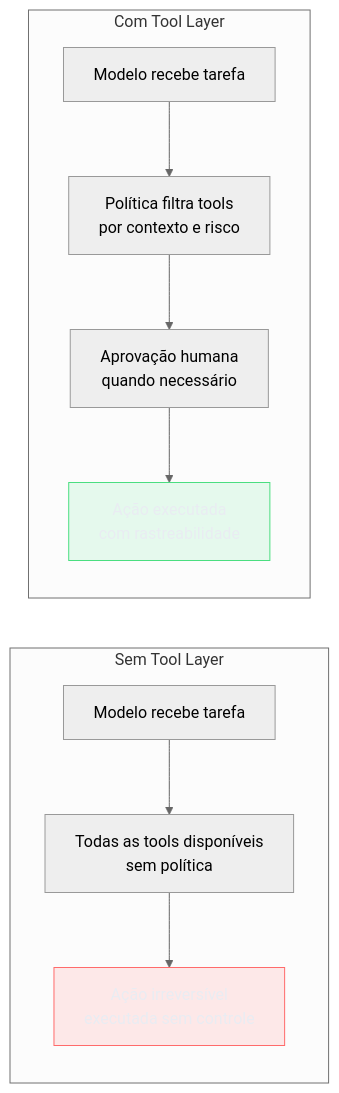
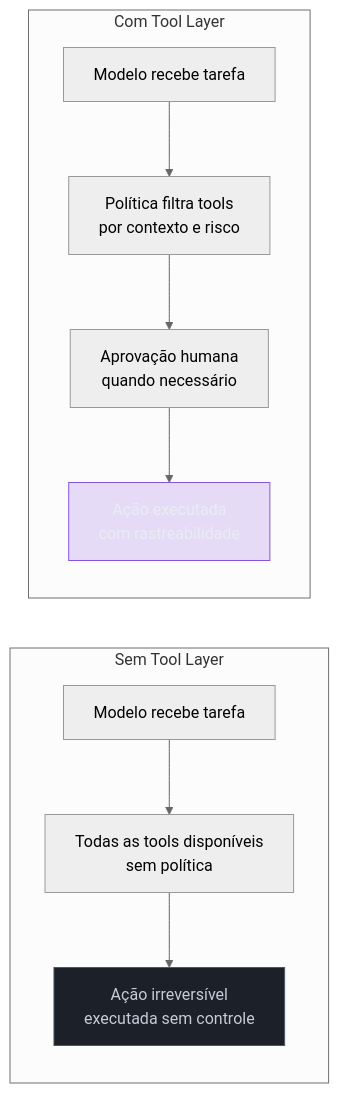
Before and after one commit to josenaldo/codex-technomanticus: the first of 2 diagrams in 03-Dominios/Tecnologia/IA/AI Engineering Stack/07 - Tool Layer.md, drawn with Mermaid (neutral theme). The commit also changed 601 other files, not shown here.

````diff
--- a/03-Dominios/Tecnologia/IA/AI Engineering Stack/07 - Tool Layer.md
+++ b/03-Dominios/Tecnologia/IA/AI Engineering Stack/07 - Tool Layer.md
@@ -36,23 +36,23 @@
 ```mermaid
 flowchart LR
-    classDef falha fill:#FF6B6B24,stroke:#FF6B6B,color:#E9ECF2
-    classDef ok fill:#4ADE8021,stroke:#4ADE80,color:#E9ECF2
+    classDef marca fill:#8855DF33,stroke:#8855DF,color:#E9ECF2
+    classDef neutro fill:#1B2029,stroke:#4E5666,color:#C6CCD8
     subgraph "Sem Tool Layer"
         A1["Modelo recebe tarefa"]
         A2["Todas as tools disponíveis\nsem política"]
         A3["Ação irreversível\nexecutada sem controle"]
     end
 
     subgraph "Com Tool Layer"
         B1["Modelo recebe tarefa"]
         B2["Política filtra tools\npor contexto e risco"]
         B3["Aprovação humana\nquando necessário"]
         B4["Ação executada\ncom rastreabilidade"]
     end
 
     A1 --> A2 --> A3
     B1 --> B2 --> B3 --> B4
 
-    class A3 falha
-    class B4 ok
+    class A3 neutro
+    class B4 marca
 ```
````
